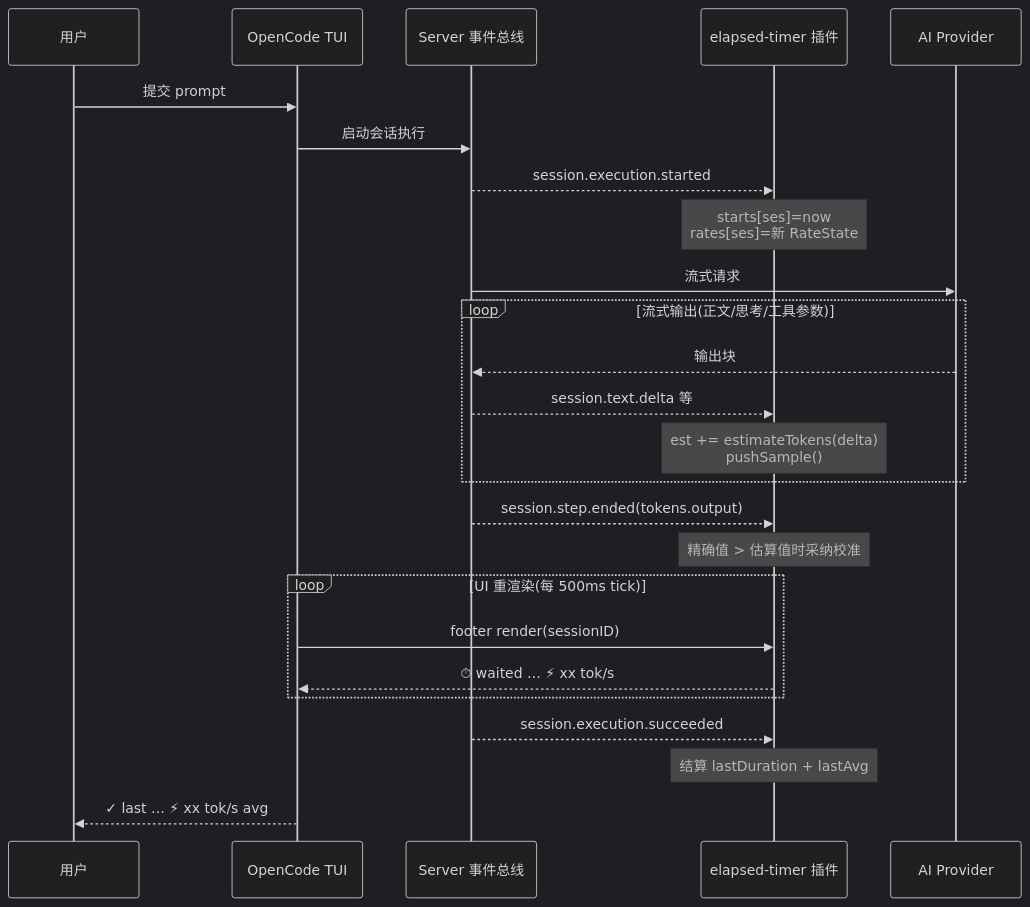
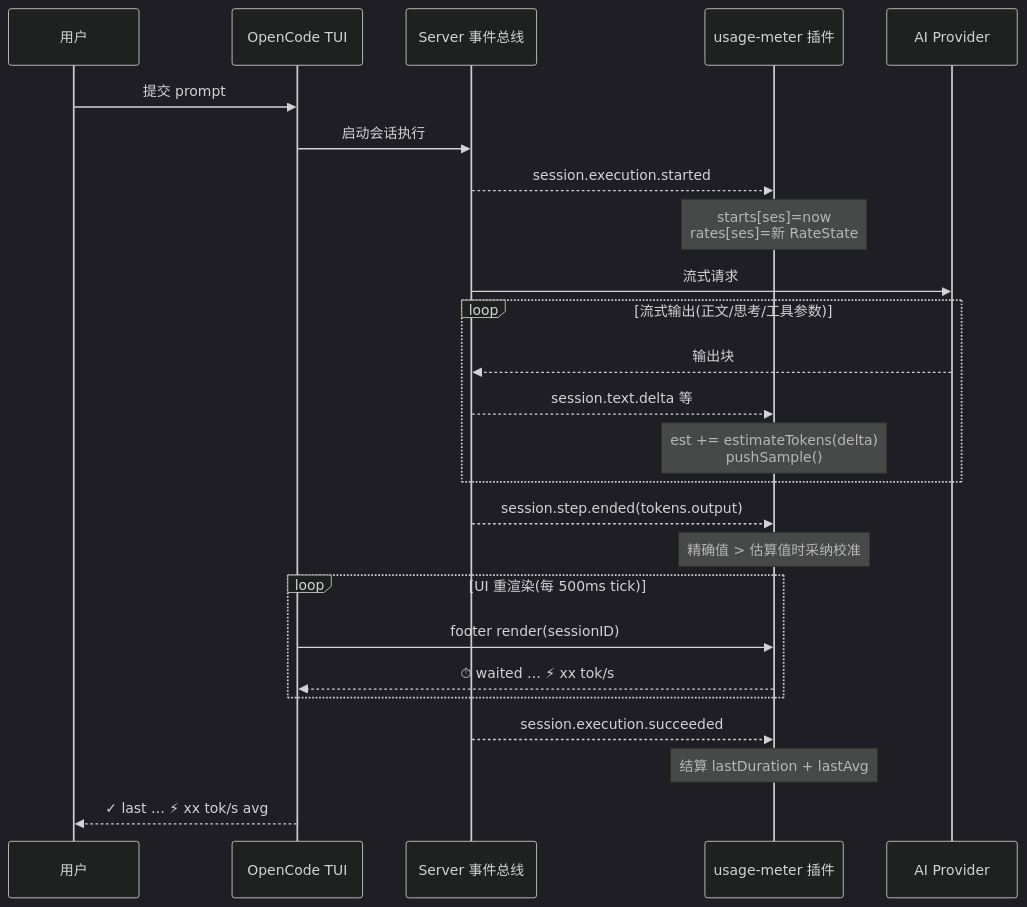
Before and after one commit to dubuqiangu/opencode-elapsed-timer: the first of 3 diagrams in DESIGN.md, drawn with Mermaid (dark theme). The commit also changed other lines of this file and 5 other files, not shown here.

Commit message:
0.5.0: rename elapsed-timer -> usage-meter; slash command /tokens -> /usage-full (aliases removed)

````diff
--- a/DESIGN.md
+++ b/DESIGN.md
@@ -136,28 +136,28 @@
 ```mermaid
 sequenceDiagram
     participant U as 用户
     participant TUI as OpenCode TUI
     participant S as Server 事件总线
-    participant P as elapsed-timer 插件
+    participant P as usage-meter 插件
     participant M as AI Provider
 
     U->>TUI: 提交 prompt
     TUI->>S: 启动会话执行
     S-->>P: session.execution.started
     Note over P: starts[ses]=now<br/>rates[ses]=新 RateState
     S->>M: 流式请求
     loop 流式输出(正文/思考/工具参数)
         M-->>S: 输出块
         S-->>P: session.text.delta 等
         Note over P: est += estimateTokens(delta)<br/>pushSample()
     end
     S-->>P: session.step.ended(tokens.output)
     Note over P: 精确值 > 估算值时采纳校准
     loop UI 重渲染(每 500ms tick)
         TUI->>P: footer render(sessionID)
         P-->>TUI: ⏱ waited …  ⚡ xx tok/s
     end
     S-->>P: session.execution.succeeded
     Note over P: 结算 lastDuration + lastAvg
     TUI-->>U: ✓ last …  ⚡ xx tok/s avg
 ```
````
